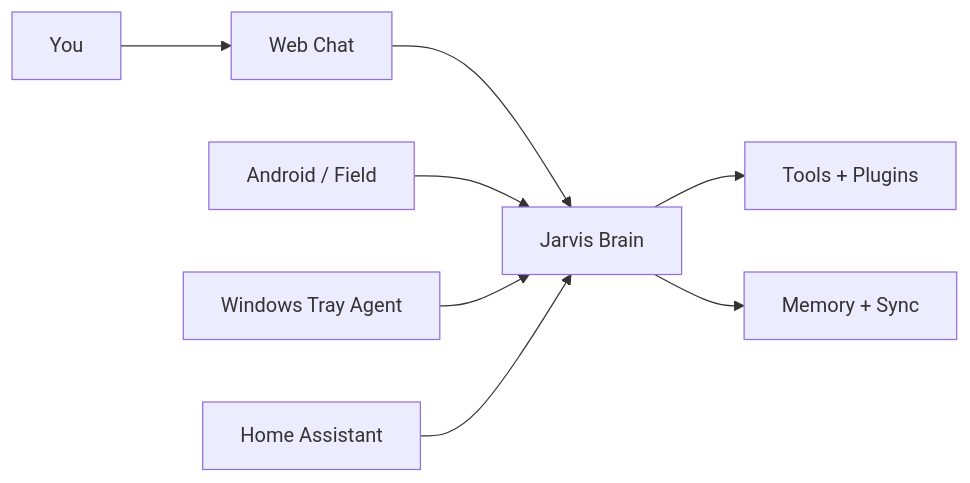
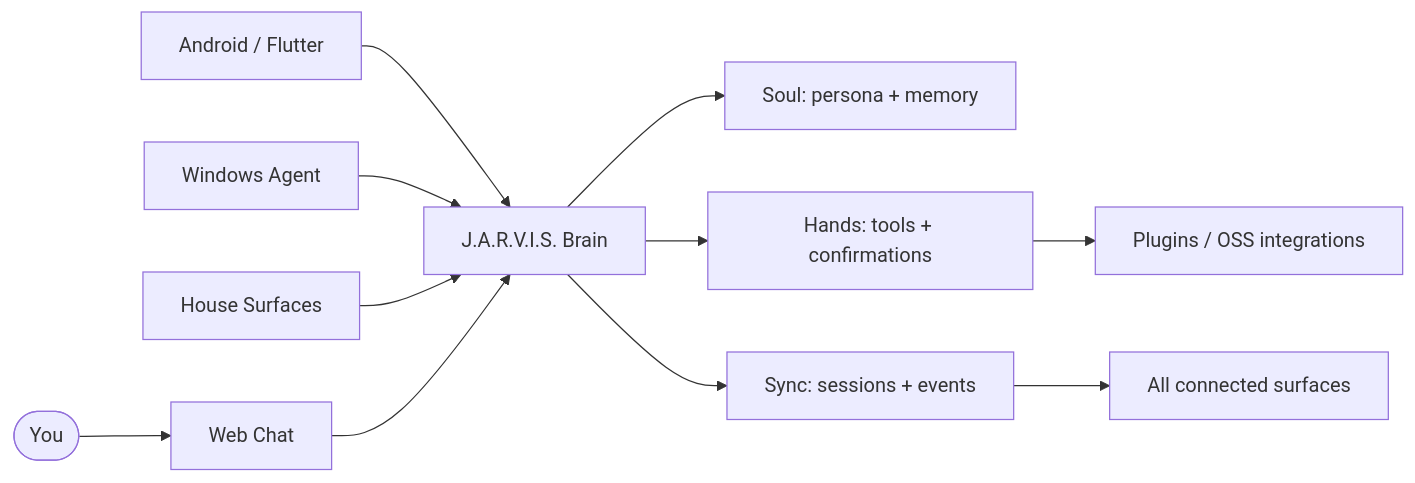
The diagram in README.md (dr-week/J.A.R.V.I.S), drawn with Mermaid before and after one commit. The commit also changed other lines of this file, not shown here.

Commit message:
Redesign README with facts and architecture visuals

````diff
--- a/README.md
+++ b/README.md
@@ -39,10 +61,13 @@
 ```mermaid
 flowchart LR
-  U[You] --> W[Web Chat]
-  W --> B[Jarvis Brain]
-  A[Android / Field] --> B
-  X[Windows Tray Agent] --> B
-  H[Home Assistant] --> B
-  B --> T[Tools + Plugins]
-  B --> M[Memory + Sync]
+    User([You]) --> Web[Web Chat]
+    Phone[Android / Flutter] --> Brain
+    Desktop[Windows Agent] --> Brain
+    House[House Surfaces] --> Brain
+    Web --> Brain[J.A.R.V.I.S. Brain]
+    Brain --> Soul[Soul: persona + memory]
+    Brain --> Hands[Hands: tools + confirmations]
+    Brain --> Sync[Sync: sessions + events]
+    Hands --> Plugins[Plugins / OSS integrations]
+    Sync --> Clients[All connected surfaces]
 ```
````
